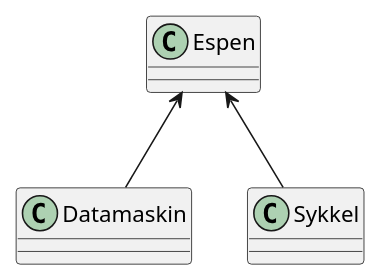
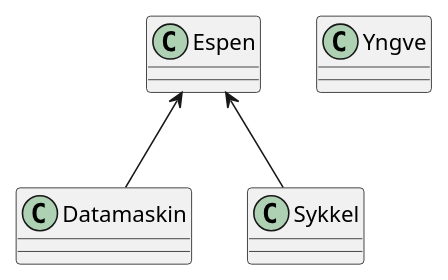
One commit to HL7Norway/LMDI changed the diagram in modeller/test.puml. Above: the diagram before and after it, drawn with PlantUML.

```diff
--- a/modeller/test.puml
+++ b/modeller/test.puml
@@ -1,10 +1,11 @@
 @startuml
 
 class Espen
 class Datamaskin
 class Sykkel
+class Yngve
 
 Espen <-- Datamaskin
 Espen <-- Sykkel
 
 @enduml
```
